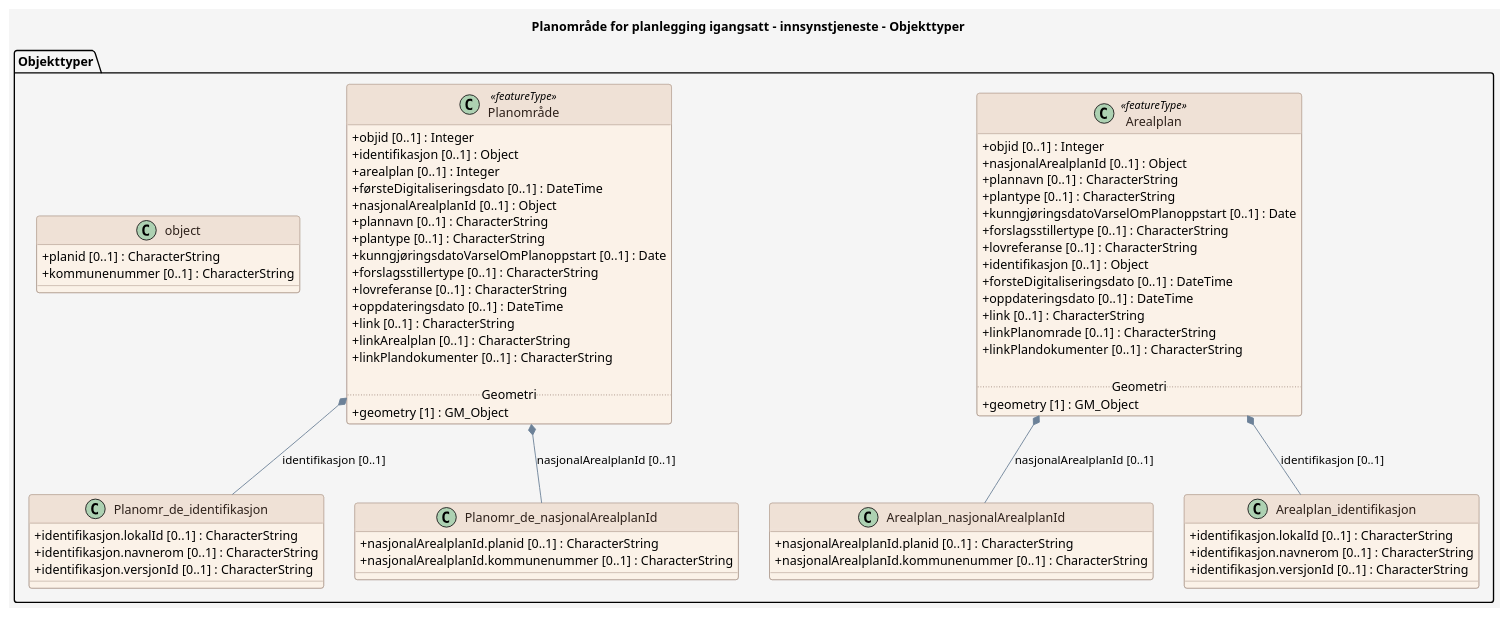
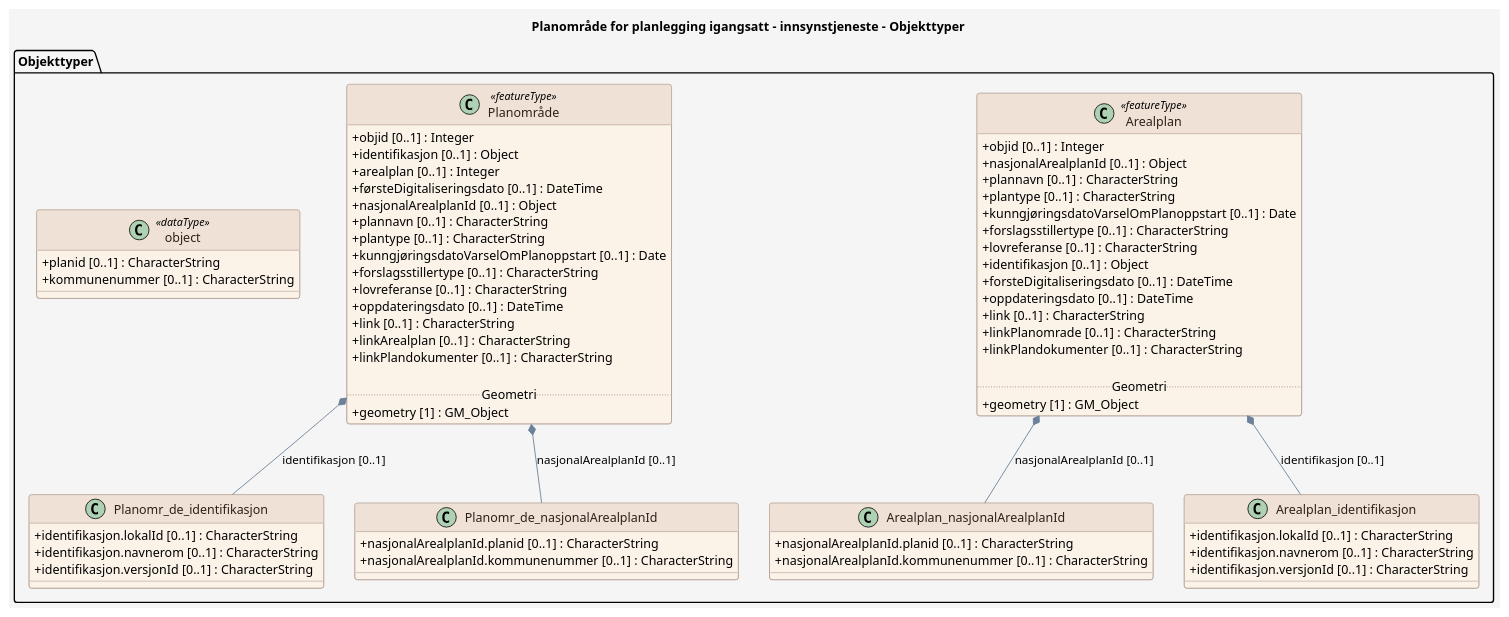
The diagram in produktspesifikasjon/planleggingigangsatt/innsynstjeneste/innsynstjeneste_feature_catalogue.puml (Arkitektum/produktspesifikasjon_plandata), drawn with PlantUML before and after one commit. The commit also changed 7 other files, not shown here.

```diff
--- a/produktspesifikasjon/planleggingigangsatt/innsynstjeneste/innsynstjeneste_feature_catalogue.puml
+++ b/produktspesifikasjon/planleggingigangsatt/innsynstjeneste/innsynstjeneste_feature_catalogue.puml
@@ -1,100 +1,100 @@
 @startuml
 title Planområde for planlegging igangsatt - innsynstjeneste - Objekttyper
 
 skinparam backgroundColor #F5F5F5
 skinparam shadowing false
 skinparam RoundCorner 6
 skinparam ArrowColor #6C8198
 skinparam class {
   BackgroundColor #FBF2E8
   BorderColor #9C8578
   FontColor #2D201A
   HeaderBackgroundColor #EFE1D6
   HeaderFontColor #2D201A
   AttributeIconSize 0
 }
 skinparam note {
   BackgroundColor #FFFFFF
   BorderColor #6C8198
   FontColor #2D201A
 }
 skinparam stereotypeCBackgroundColor #EAD9CE
 skinparam stereotypeCBorderColor #9C8578
 skinparam stereotypeCFontColor #2D201A
 
 package "Objekttyper" {
 
   class Arealplan <<featureType>> {
     + objid [0..1] : Integer
     + nasjonalArealplanId [0..1] : Object
     + plannavn [0..1] : CharacterString
     + plantype [0..1] : CharacterString
     + kunngjøringsdatoVarselOmPlanoppstart [0..1] : Date
     + forslagsstillertype [0..1] : CharacterString
     + lovreferanse [0..1] : CharacterString
     + identifikasjon [0..1] : Object
     + forsteDigitaliseringsdato [0..1] : DateTime
     + oppdateringsdato [0..1] : DateTime
     + link [0..1] : CharacterString
     + linkPlanomrade [0..1] : CharacterString
     + linkPlandokumenter [0..1] : CharacterString
 
     ..Geometri..
     + geometry [1] : GM_Object
   }
 
   Arealplan *-- Arealplan_nasjonalArealplanId : nasjonalArealplanId [0..1]
   Arealplan *-- Arealplan_identifikasjon : identifikasjon [0..1]
 
   class Arealplan_nasjonalArealplanId {
     + nasjonalArealplanId.planid [0..1] : CharacterString
     + nasjonalArealplanId.kommunenummer [0..1] : CharacterString
   }
 
   class Arealplan_identifikasjon {
     + identifikasjon.lokalId [0..1] : CharacterString
     + identifikasjon.navnerom [0..1] : CharacterString
     + identifikasjon.versjonId [0..1] : CharacterString
   }
 
   class "Planområde" as Planomr_de <<featureType>> {
     + objid [0..1] : Integer
     + identifikasjon [0..1] : Object
     + arealplan [0..1] : Integer
     + førsteDigitaliseringsdato [0..1] : DateTime
     + nasjonalArealplanId [0..1] : Object
     + plannavn [0..1] : CharacterString
     + plantype [0..1] : CharacterString
     + kunngjøringsdatoVarselOmPlanoppstart [0..1] : Date
     + forslagsstillertype [0..1] : CharacterString
     + lovreferanse [0..1] : CharacterString
     + oppdateringsdato [0..1] : DateTime
     + link [0..1] : CharacterString
     + linkArealplan [0..1] : CharacterString
     + linkPlandokumenter [0..1] : CharacterString
 
     ..Geometri..
     + geometry [1] : GM_Object
   }
 
   Planomr_de *-- Planomr_de_identifikasjon : identifikasjon [0..1]
   Planomr_de *-- Planomr_de_nasjonalArealplanId : nasjonalArealplanId [0..1]
 
   class Planomr_de_identifikasjon {
     + identifikasjon.lokalId [0..1] : CharacterString
     + identifikasjon.navnerom [0..1] : CharacterString
     + identifikasjon.versjonId [0..1] : CharacterString
   }
 
   class Planomr_de_nasjonalArealplanId {
     + nasjonalArealplanId.planid [0..1] : CharacterString
     + nasjonalArealplanId.kommunenummer [0..1] : CharacterString
   }
 
-  class object {
+  class object <<dataType>> {
     + planid [0..1] : CharacterString
     + kommunenummer [0..1] : CharacterString
   }
 }
 
 @enduml
```
